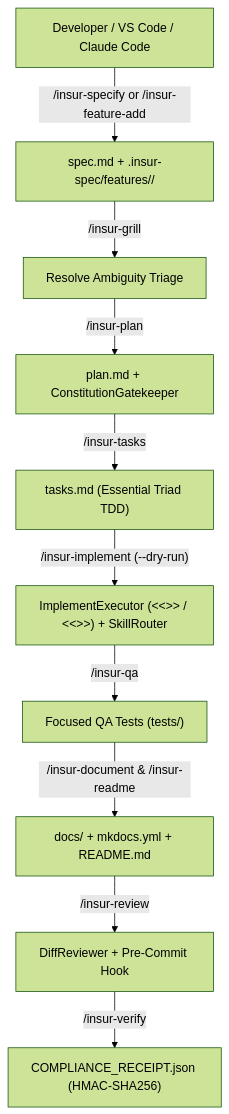
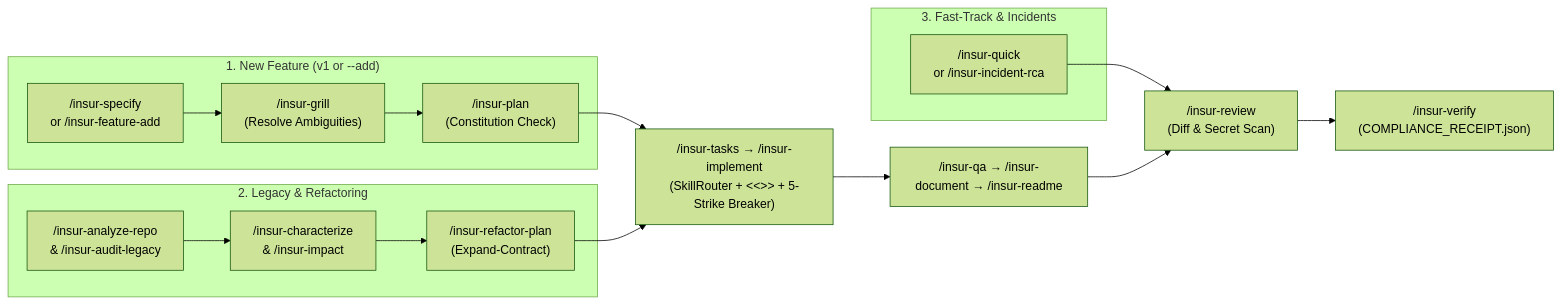
Before and after one commit to K-J-Web-Designs/InsurSpec: the diagram in README.md, drawn with Mermaid (forest theme). The commit also changed other lines of this file, not shown here.

Commit message:
docs: move and redesign 3-track workflow & architecture diagram in README.md

````diff
--- a/README.md
+++ b/README.md
@@ -17,12 +155,21 @@
 ```mermaid
-flowchart TD
-    Dev["Developer / VS Code / Claude Code"] -->|"/insur-specify or /insur-feature-add"| Spec["spec.md + .insur-spec/features/<slug>/"]
-    Spec -->|"/insur-grill"| Grill["Resolve Ambiguity Triage"]
-    Grill -->|"/insur-plan"| Plan["plan.md + ConstitutionGatekeeper"]
-    Plan -->|"/insur-tasks"| Tasks["tasks.md (Essential Triad TDD)"]
-    Tasks -->|"/insur-implement (--dry-run)"| Exec["ImplementExecutor (<<<FILE>>> / <<<EDIT>>>) + SkillRouter"]
-    Exec -->|"/insur-qa"| QA["Focused QA Tests (tests/)"]
-    QA -->|"/insur-document & /insur-readme"| Docs["docs/ + mkdocs.yml + README.md"]
-    Docs -->|"/insur-review"| Review["DiffReviewer + Pre-Commit Hook"]
-    Review -->|"/insur-verify"| Verify["COMPLIANCE_RECEIPT.json (HMAC-SHA256)"]
+flowchart LR
+    subgraph Track1["1. New Feature (v1 or --add)"]
+        S1["/insur-specify\nor /insur-feature-add"] --> G1["/insur-grill\n(Resolve Ambiguities)"] --> P1["/insur-plan\n(Constitution Check)"]
+    end
+
+    subgraph Track2["2. Legacy & Refactoring"]
+        A2["/insur-analyze-repo\n& /insur-audit-legacy"] --> C2["/insur-characterize\n& /insur-impact"] --> R2["/insur-refactor-plan\n(Expand-Contract)"]
+    end
+
+    subgraph Track3["3. Fast-Track & Incidents"]
+        Q3["/insur-quick\nor /insur-incident-rca"]
+    end
+
+    P1 --> Exec["/insur-tasks → /insur-implement\n(SkillRouter + <<<EDIT>>> + 5-Strike Breaker)"]
+    R2 --> Exec
+    Exec --> Quality["/insur-qa → /insur-document → /insur-readme"]
+    Q3 --> Gate["/insur-review\n(Diff & Secret Scan)"]
+    Quality --> Gate
+    Gate --> Cert["/insur-verify\n(COMPLIANCE_RECEIPT.json)"]
 ```
````
